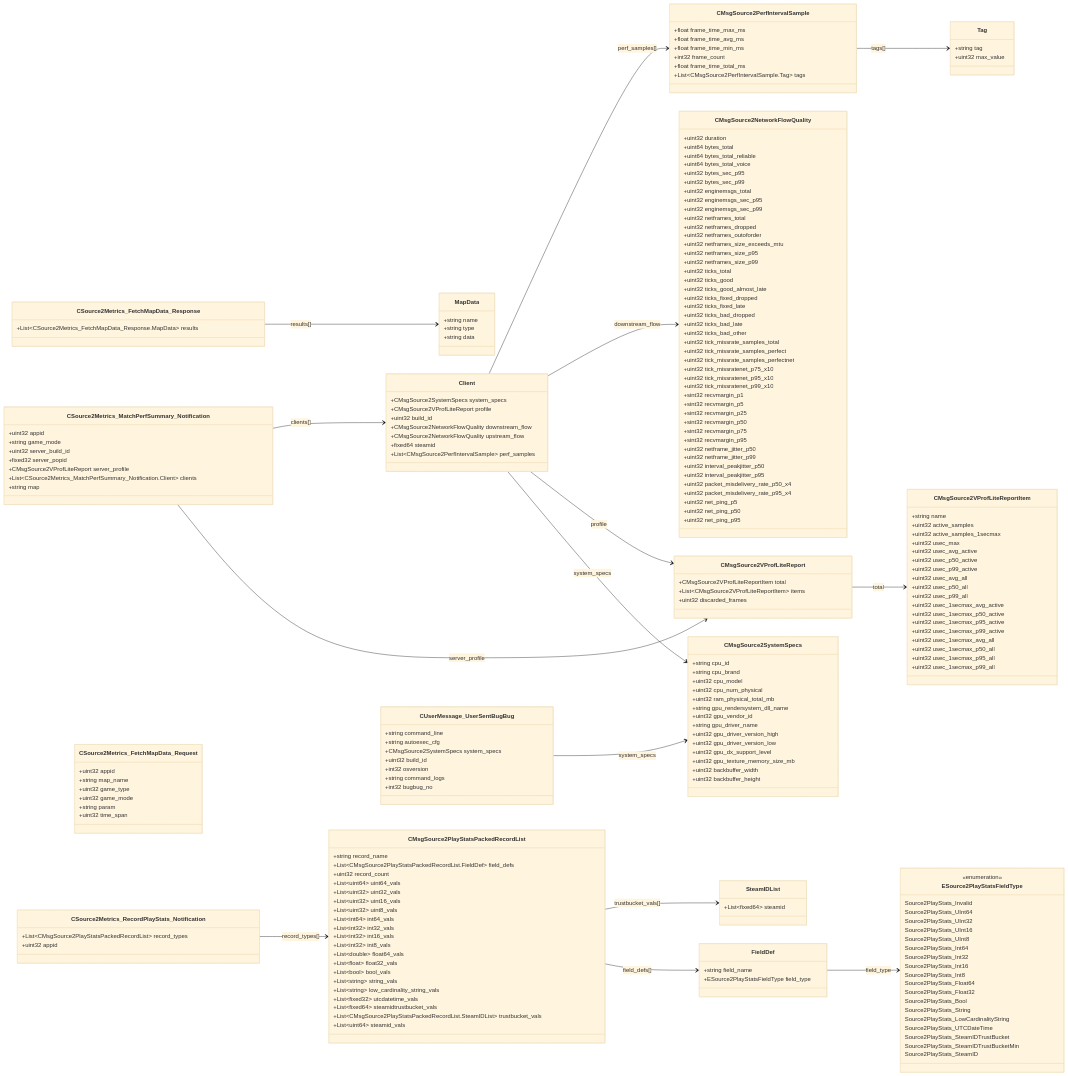
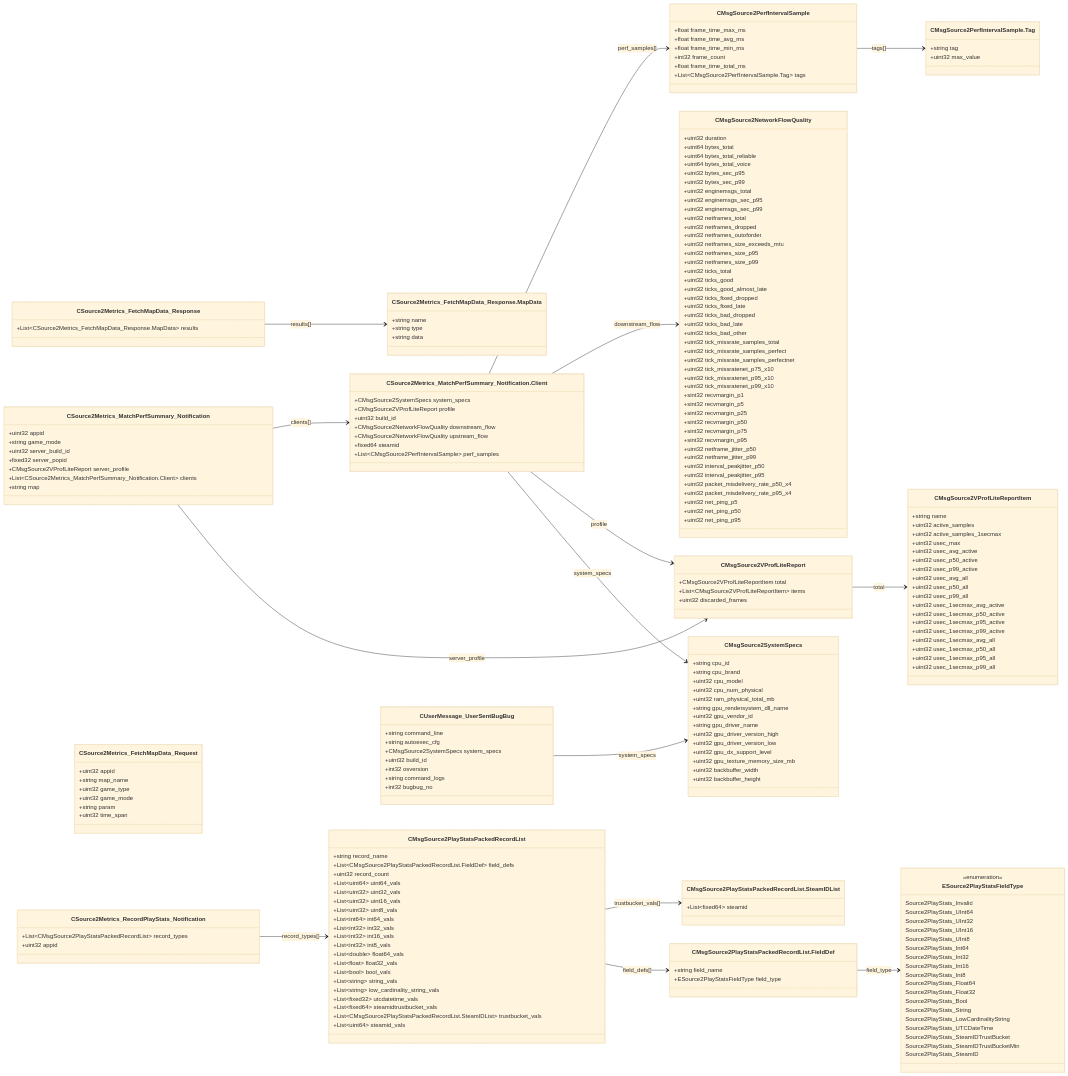
The diagram in docs/generated/proto/source2_steam_stats.md (CS2OpenDev/CS2OpenDev-Docs), drawn with Mermaid (base theme) before and after one commit. The commit also changed other lines of this file and 4525 other files, not shown here.

```diff
--- a/docs/generated/proto/source2_steam_stats.md
+++ b/docs/generated/proto/source2_steam_stats.md
@@ -113,7 +113,7 @@
     +List~CMsgSource2PerfIntervalSample.Tag~ tags
   }
 
-  class Tag {
+  class CMsgSource2PerfIntervalSample_Tag["CMsgSource2PerfIntervalSample.Tag"] {
     +string tag
     +uint32 max_value
   }
@@ -128,7 +128,7 @@
     +string map
   }
 
-  class Client {
+  class CSource2Metrics_MatchPerfSummary_Notification_Client["CSource2Metrics_MatchPerfSummary_Notification.Client"] {
     +CMsgSource2SystemSpecs system_specs
     +CMsgSource2VProfLiteReport profile
     +uint32 build_id
@@ -161,12 +161,12 @@
     +List~uint64~ steamid_vals
   }
 
-  class FieldDef {
+  class CMsgSource2PlayStatsPackedRecordList_FieldDef["CMsgSource2PlayStatsPackedRecordList.FieldDef"] {
     +string field_name
     +ESource2PlayStatsFieldType field_type
   }
 
-  class SteamIDList {
+  class CMsgSource2PlayStatsPackedRecordList_SteamIDList["CMsgSource2PlayStatsPackedRecordList.SteamIDList"] {
     +List~fixed64~ steamid
   }
 
@@ -188,7 +188,7 @@
     +List~CSource2Metrics_FetchMapData_Response.MapData~ results
   }
 
-  class MapData {
+  class CSource2Metrics_FetchMapData_Response_MapData["CSource2Metrics_FetchMapData_Response.MapData"] {
     +string name
     +string type
     +string data
@@ -205,18 +205,18 @@
   }
 
   CMsgSource2VProfLiteReport --> CMsgSource2VProfLiteReportItem : total
-  CMsgSource2PerfIntervalSample --> Tag : tags[]
+  CMsgSource2PerfIntervalSample --> CMsgSource2PerfIntervalSample_Tag : tags[]
   CSource2Metrics_MatchPerfSummary_Notification --> CMsgSource2VProfLiteReport : server_profile
-  CSource2Metrics_MatchPerfSummary_Notification --> Client : clients[]
-  Client --> CMsgSource2SystemSpecs : system_specs
-  Client --> CMsgSource2VProfLiteReport : profile
-  Client --> CMsgSource2NetworkFlowQuality : downstream_flow
-  Client --> CMsgSource2PerfIntervalSample : perf_samples[]
-  CMsgSource2PlayStatsPackedRecordList --> FieldDef : field_defs[]
-  CMsgSource2PlayStatsPackedRecordList --> SteamIDList : trustbucket_vals[]
-  FieldDef --> ESource2PlayStatsFieldType : field_type
+  CSource2Metrics_MatchPerfSummary_Notification --> CSource2Metrics_MatchPerfSummary_Notification_Client : clients[]
+  CSource2Metrics_MatchPerfSummary_Notification_Client --> CMsgSource2SystemSpecs : system_specs
+  CSource2Metrics_MatchPerfSummary_Notification_Client --> CMsgSource2VProfLiteReport : profile
+  CSource2Metrics_MatchPerfSummary_Notification_Client --> CMsgSource2NetworkFlowQuality : downstream_flow
+  CSource2Metrics_MatchPerfSummary_Notification_Client --> CMsgSource2PerfIntervalSample : perf_samples[]
+  CMsgSource2PlayStatsPackedRecordList --> CMsgSource2PlayStatsPackedRecordList_FieldDef : field_defs[]
+  CMsgSource2PlayStatsPackedRecordList --> CMsgSource2PlayStatsPackedRecordList_SteamIDList : trustbucket_vals[]
+  CMsgSource2PlayStatsPackedRecordList_FieldDef --> ESource2PlayStatsFieldType : field_type
   CSource2Metrics_RecordPlayStats_Notification --> CMsgSource2PlayStatsPackedRecordList : record_types[]
-  CSource2Metrics_FetchMapData_Response --> MapData : results[]
+  CSource2Metrics_FetchMapData_Response --> CSource2Metrics_FetchMapData_Response_MapData : results[]
   CUserMessage_UserSentBugBug --> CMsgSource2SystemSpecs : system_specs
 
   class ESource2PlayStatsFieldType{
```
